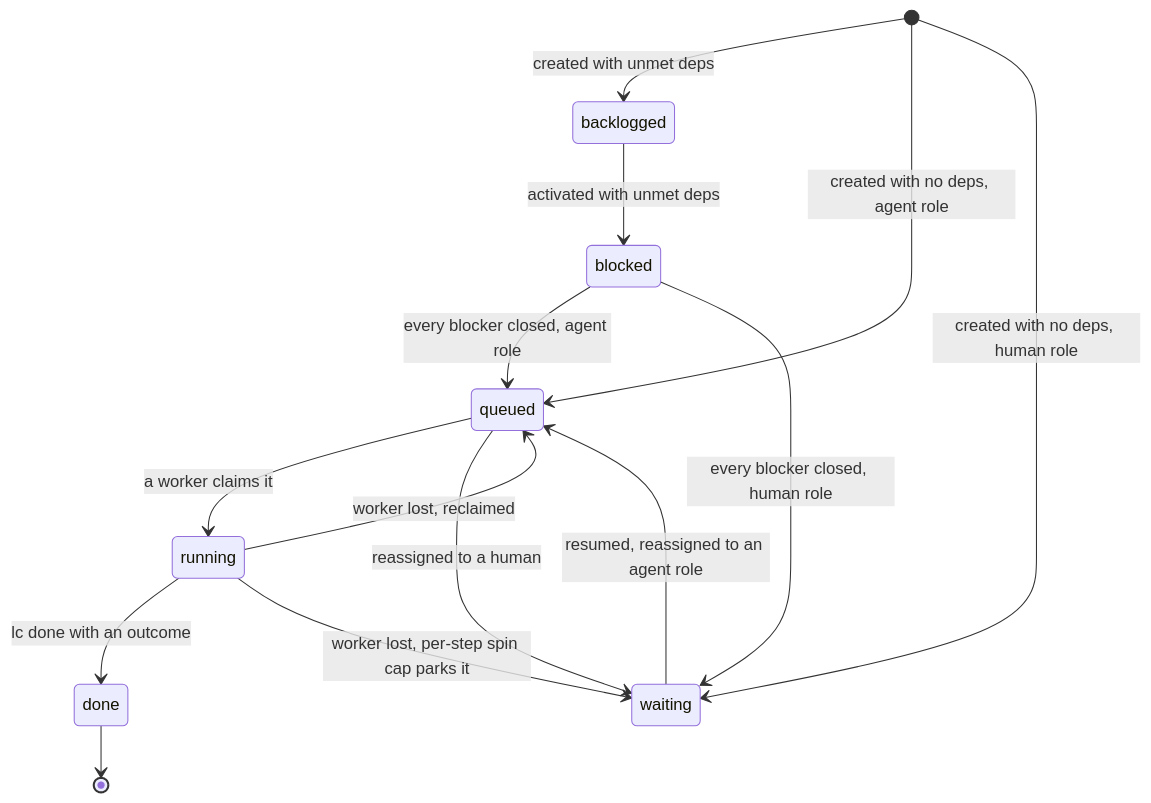
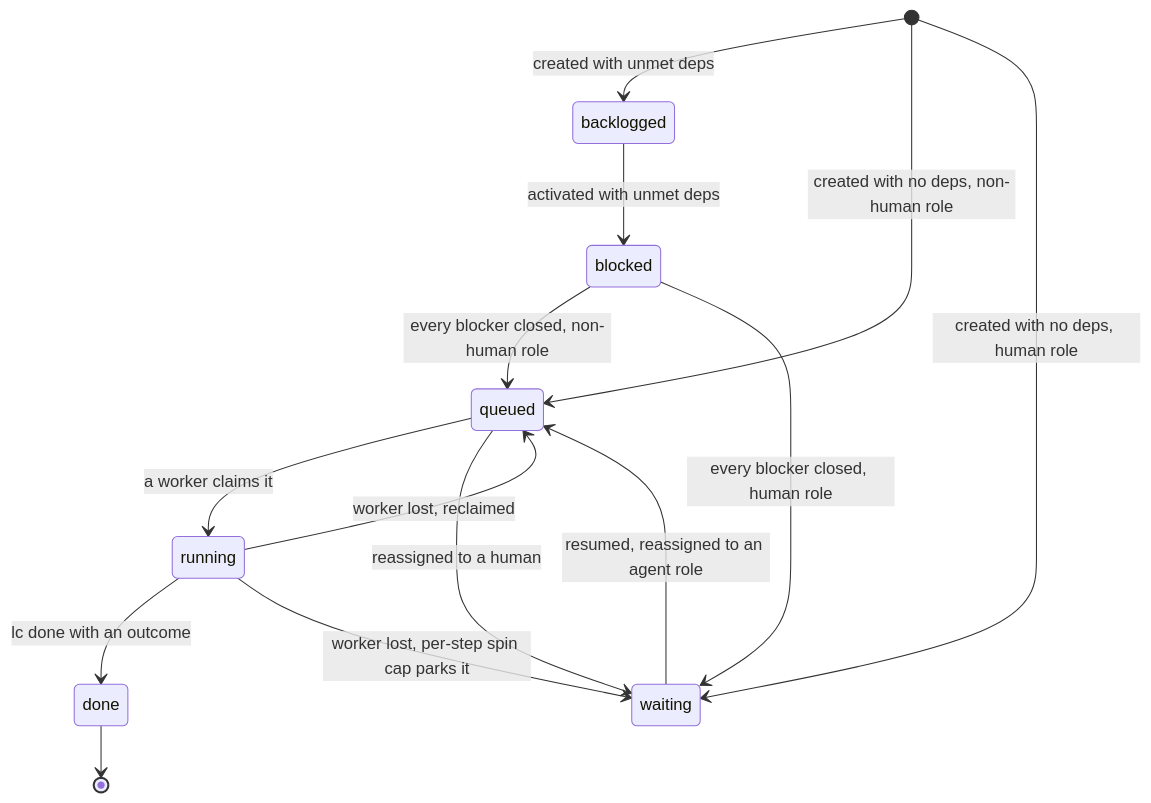
The diagram in docs/state-lifecycle.md (kenmclennan/lightcycle), drawn with Mermaid before and after one commit. The commit also changed 42 other files, not shown here.

````diff
--- a/docs/state-lifecycle.md
+++ b/docs/state-lifecycle.md
@@ -5,16 +5,16 @@
 ```mermaid
 stateDiagram-v2
   [*] --> backlogged: created with unmet deps
-  [*] --> queued: created with no deps, agent role
+  [*] --> queued: created with no deps, non-human role
   [*] --> waiting: created with no deps, human role
   backlogged --> blocked: activated with unmet deps
-  blocked --> queued: every blocker closed, agent role
+  blocked --> queued: every blocker closed, non-human role
   blocked --> waiting: every blocker closed, human role
   queued --> running: a worker claims it
   running --> done: lc done with an outcome
   running --> queued: worker lost, reclaimed
   running --> waiting: worker lost, per-step spin cap parks it
   queued --> waiting: reassigned to a human
   waiting --> queued: resumed, reassigned to an agent role
   done --> [*]
 ```
````
